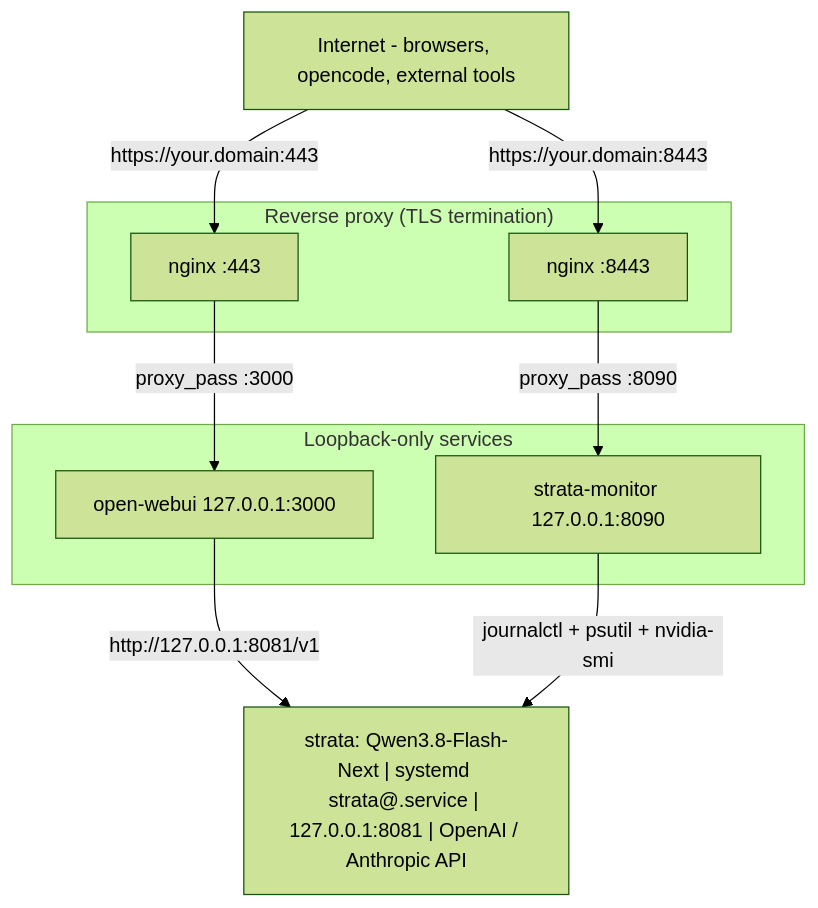
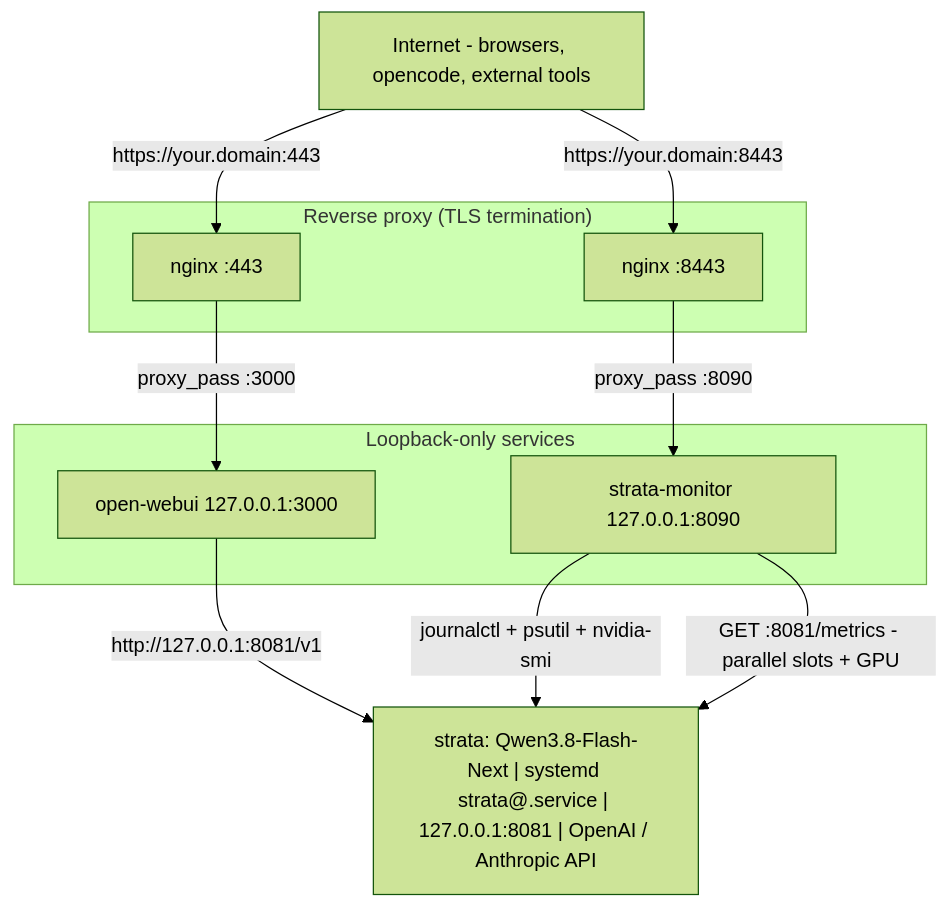
The diagram in README.md (aynair/strata-monitor), drawn with Mermaid (forest theme) before and after one commit. The commit also changed other lines of this file and 4 other files, not shown here.

Commit message:
Per-GPU cards/plots, parallel requests UI, and two journal line fixes

````diff
--- a/README.md
+++ b/README.md
@@ -33,23 +41,24 @@
 ```mermaid
 flowchart TB
     Internet["Internet - browsers, opencode, external tools"]
 
     subgraph tls ["Reverse proxy (TLS termination)"]
         Nginx443["nginx :443"]
         Nginx8443["nginx :8443"]
     end
 
     subgraph apps ["Loopback-only services"]
         WebUI["open-webui 127.0.0.1:3000"]
         Monitor["strata-monitor 127.0.0.1:8090"]
     end
 
     Engine["strata: Qwen3.8-Flash-Next | systemd strata@<model>.service | 127.0.0.1:8081 | OpenAI / Anthropic API"]
 
     Internet -- "https://your.domain:443" --> Nginx443
     Internet -- "https://your.domain:8443" --> Nginx8443
     Nginx443 -- "proxy_pass :3000" --> WebUI
     Nginx8443 -- "proxy_pass :8090" --> Monitor
     WebUI -- "http://127.0.0.1:8081/v1" --> Engine
     Monitor -- "journalctl + psutil + nvidia-smi" --> Engine
+    Monitor -- "GET :8081/metrics - parallel slots + GPU" --> Engine
 ```
````
